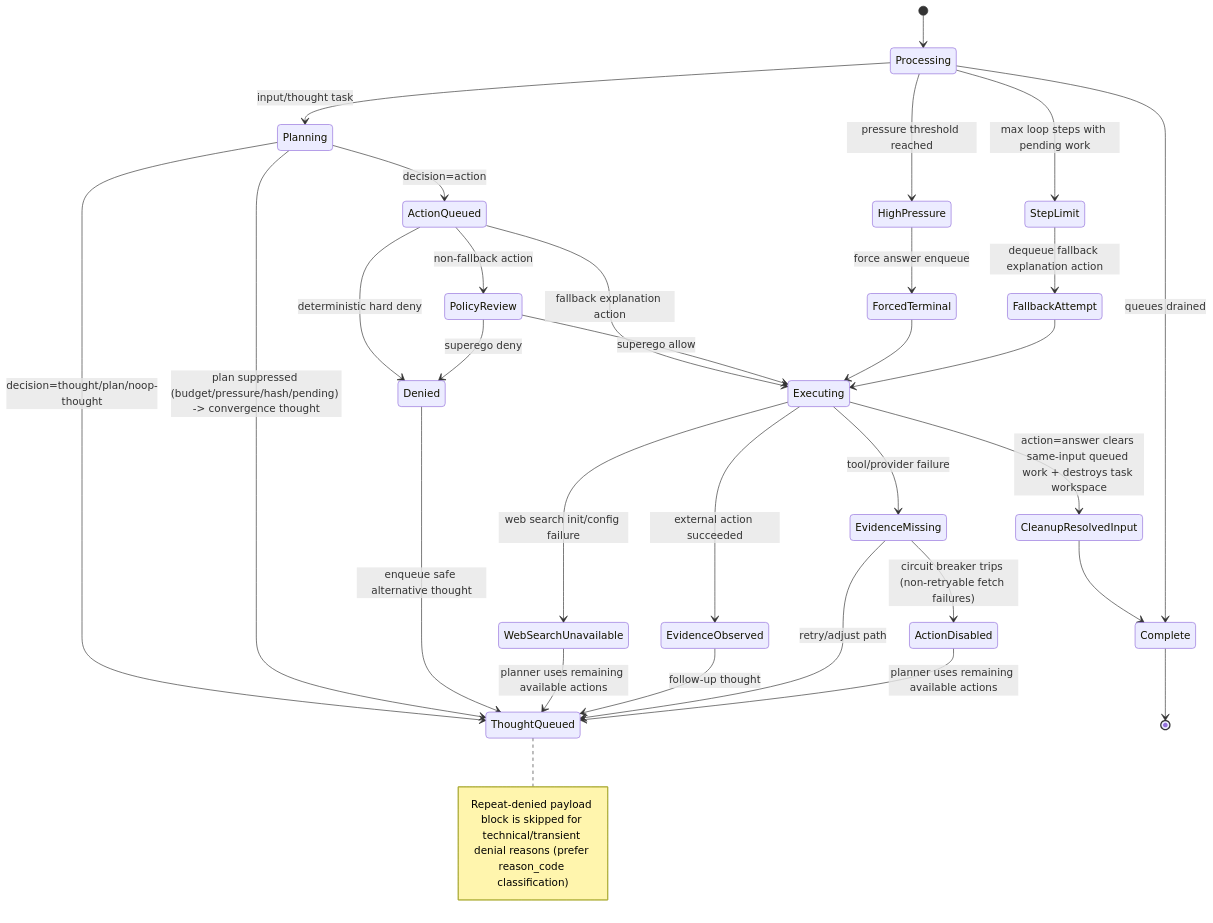
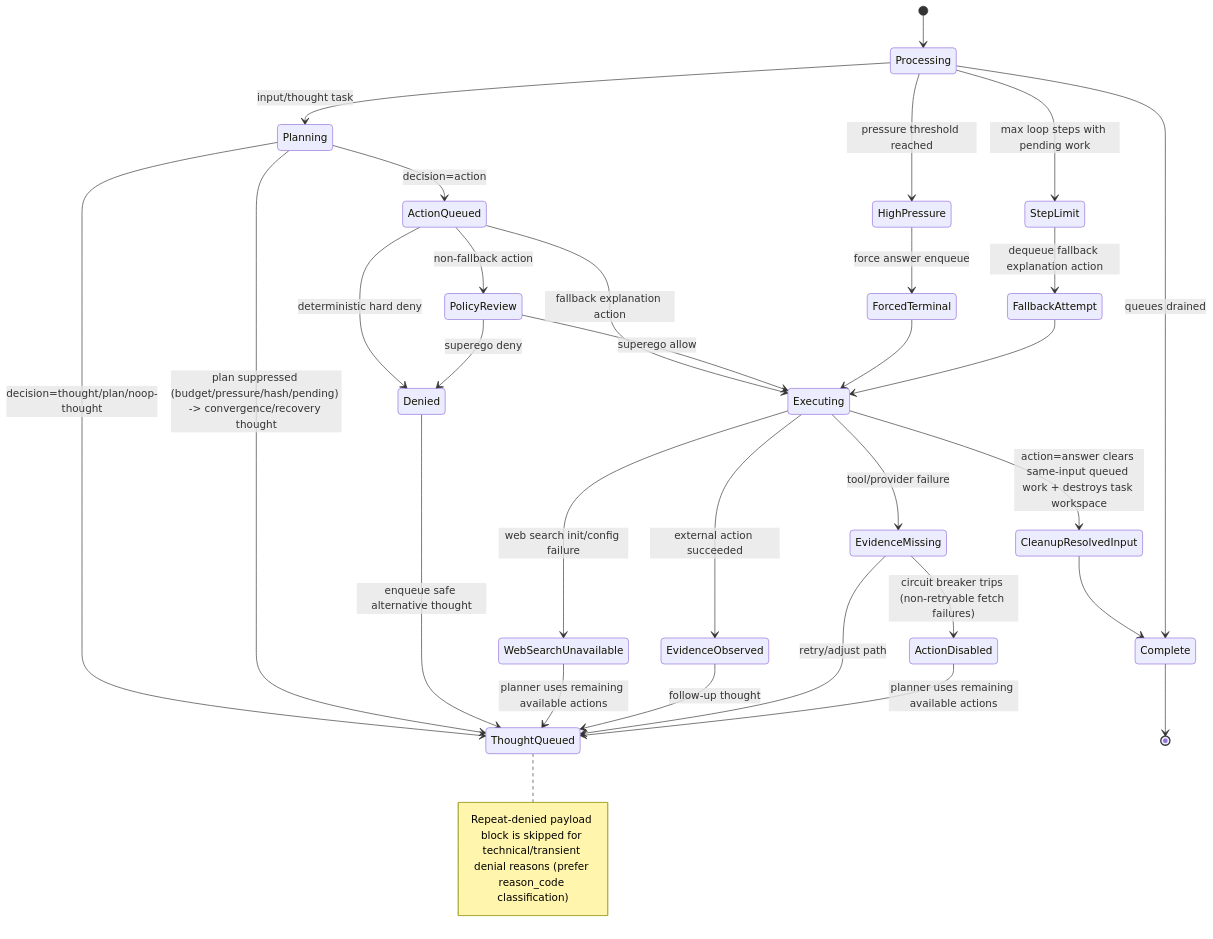
One commit to neopsyke/NeoPsyke changed the fifth of 6 diagrams in AGENT_LOGIC_DIAGRAM.md. Above: the diagram before and after it, drawn with Mermaid. The commit also changed other lines of this file and 25 other files, not shown here.

````diff
--- a/AGENT_LOGIC_DIAGRAM.md
+++ b/AGENT_LOGIC_DIAGRAM.md
@@ -170,40 +173,40 @@
 ```mermaid
 stateDiagram-v2
     [*] --> Processing
 
     Processing --> Planning: input/thought task
     Planning --> ActionQueued: decision=action
     Planning --> ThoughtQueued: decision=thought/plan/noop-thought
-    Planning --> ThoughtQueued: plan suppressed (budget/pressure/hash/pending) -> convergence thought
+    Planning --> ThoughtQueued: plan suppressed (budget/pressure/hash/pending) -> convergence/recovery thought
 
     ActionQueued --> PolicyReview: non-fallback action
     ActionQueued --> Executing: fallback explanation action
     ActionQueued --> Denied: deterministic hard deny
 
     PolicyReview --> Denied: superego deny
     Denied --> ThoughtQueued: enqueue safe alternative thought
     Note right of ThoughtQueued: Repeat-denied payload block is skipped for technical/transient denial reasons (prefer reason_code classification)
 
     PolicyReview --> Executing: superego allow
     Executing --> EvidenceObserved: external action succeeded
     Executing --> EvidenceMissing: tool/provider failure
     Executing --> WebSearchUnavailable: web search init/config failure
     WebSearchUnavailable --> ThoughtQueued: planner uses remaining available actions
     EvidenceObserved --> ThoughtQueued: follow-up thought
     EvidenceMissing --> ThoughtQueued: retry/adjust path
     EvidenceMissing --> ActionDisabled: circuit breaker trips (non-retryable fetch failures)
     ActionDisabled --> ThoughtQueued: planner uses remaining available actions
 
     Processing --> HighPressure: pressure threshold reached
     HighPressure --> ForcedTerminal: force answer enqueue
     ForcedTerminal --> Executing
 
     Processing --> StepLimit: max loop steps with pending work
     StepLimit --> FallbackAttempt: dequeue fallback explanation action
     FallbackAttempt --> Executing
 
     Executing --> CleanupResolvedInput: action=answer clears same-input queued work + destroys task workspace
     CleanupResolvedInput --> Complete
     Processing --> Complete: queues drained
     Complete --> [*]
 ```
````
